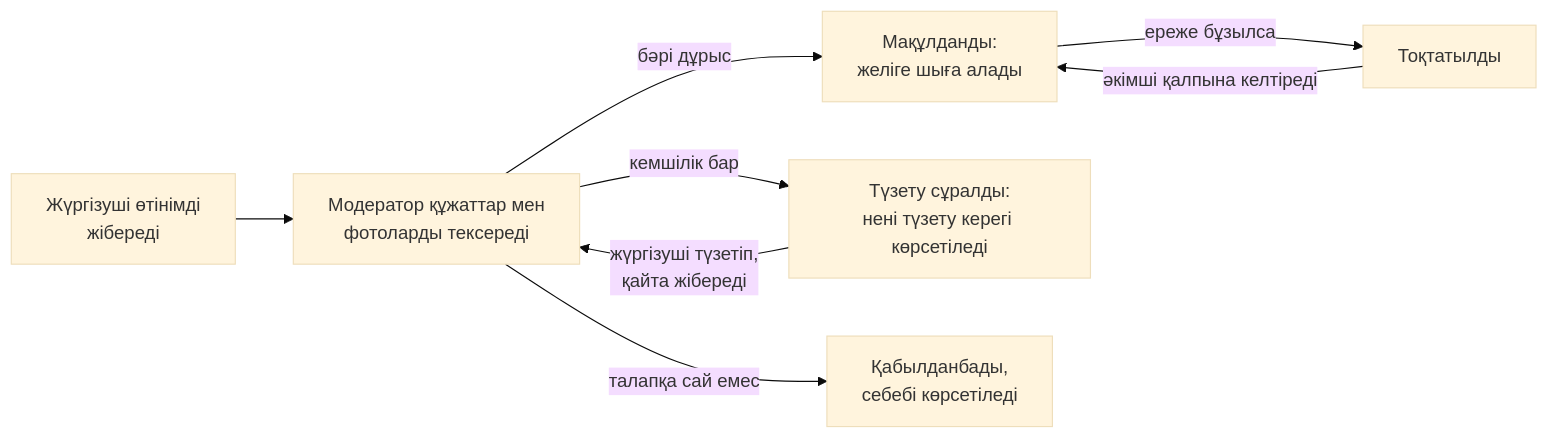
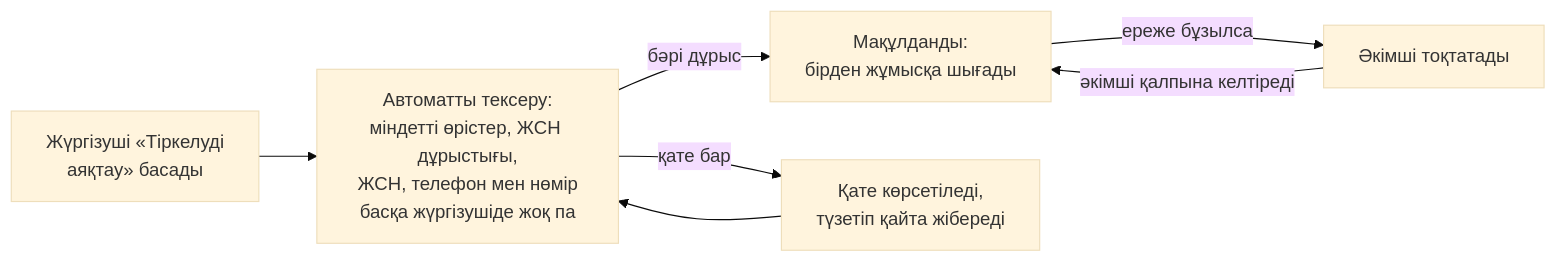
One commit to yereke99/jan-taxi changed the second of 5 diagrams in docs/CUSTOMER_OVERVIEW_KK.md. Above: the diagram before and after it, drawn with Mermaid (base theme). The commit also changed other lines of this file and 2 other files, not shown here.

````diff
--- a/docs/CUSTOMER_OVERVIEW_KK.md
+++ b/docs/CUSTOMER_OVERVIEW_KK.md
@@ -98,10 +114,9 @@
 ```mermaid
 flowchart LR
-  T1["Жүргізуші өтінімді<br/>жібереді"] --> T2["Модератор құжаттар мен<br/>фотоларды тексереді"]
-  T2 -->|"бәрі дұрыс"| T3["Мақұлданды:<br/>желіге шыға алады"]
-  T2 -->|"кемшілік бар"| T4["Түзету сұралды:<br/>нені түзету керегі көрсетіледі"]
-  T4 -->|"жүргізуші түзетіп,<br/>қайта жібереді"| T2
-  T2 -->|"талапқа сай емес"| T5["Қабылданбады,<br/>себебі көрсетіледі"]
-  T3 -->|"ереже бұзылса"| T6["Тоқтатылды"]
+  T1["Жүргізуші «Тіркелуді<br/>аяқтау» басады"] --> T2["Автоматты тексеру:<br/>міндетті өрістер, ЖСН дұрыстығы,<br/>ЖСН, телефон мен нөмір<br/>басқа жүргізушіде жоқ па"]
+  T2 -->|"бәрі дұрыс"| T3["Мақұлданды:<br/>бірден жұмысқа шығады"]
+  T2 -->|"қате бар"| T4["Қате көрсетіледі,<br/>түзетіп қайта жібереді"]
+  T4 --> T2
+  T3 -->|"ереже бұзылса"| T6["Әкімші тоқтатады"]
   T6 -->|"әкімші қалпына келтіреді"| T3
 ```
````
